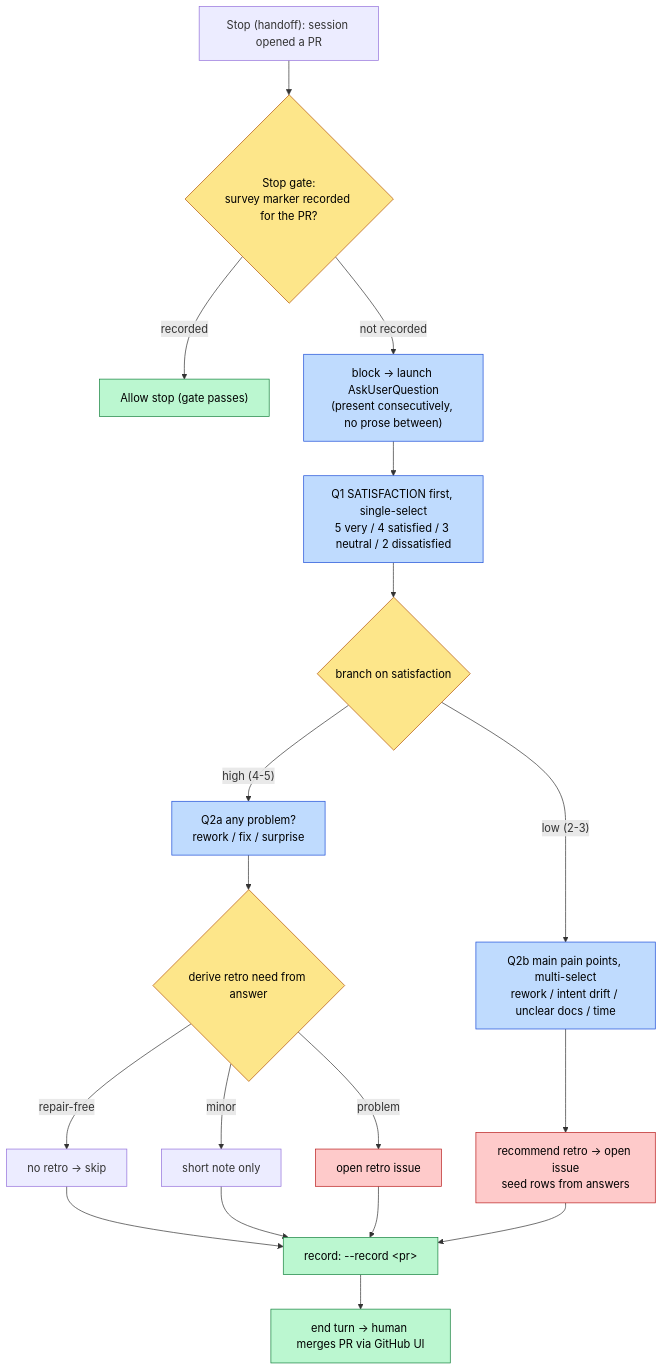
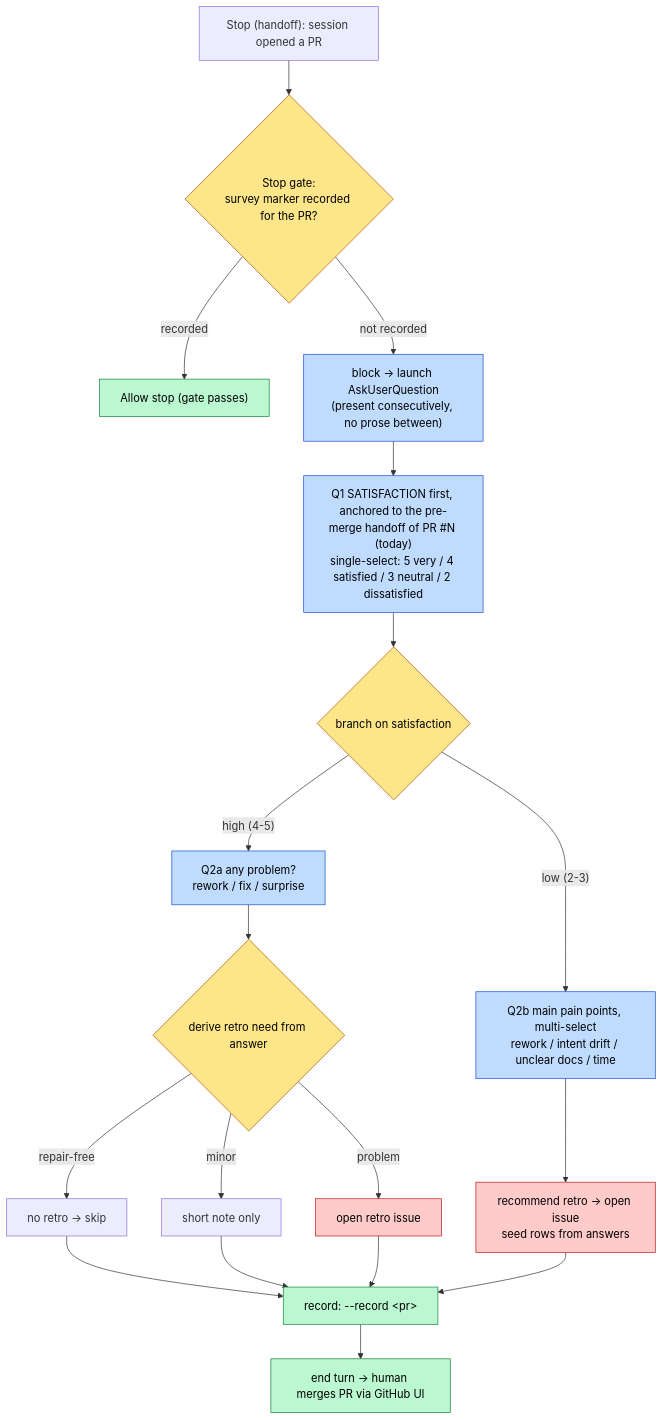
One commit to tvna/claude-md changed the diagram in docs/runbooks/pre-merge-retro-survey.md. Above: the diagram before and after it, drawn with Mermaid. The commit also changed other lines of this file and 2 other files, not shown here.

````diff
--- a/docs/runbooks/pre-merge-retro-survey.md
+++ b/docs/runbooks/pre-merge-retro-survey.md
@@ -29,33 +29,33 @@
 ```mermaid
 flowchart TD
     A["Stop (handoff): session opened a PR"] --> B{"Stop gate:<br/>survey marker recorded for the PR?"}
     B -- "recorded" --> Z["Allow stop (gate passes)"]
     B -- "not recorded" --> D["block -> launch AskUserQuestion<br/>(present consecutively, no prose between)"]
 
-    D --> Q1["Q1 SATISFACTION first, single-select<br/>5 very / 4 satisfied / 3 neutral / 2 dissatisfied"]
+    D --> Q1["Q1 SATISFACTION first, anchored to the pre-merge handoff of PR #N (today)<br/>single-select: 5 very / 4 satisfied / 3 neutral / 2 dissatisfied"]
     Q1 --> SW{"branch on satisfaction"}
 
     SW -- "high (4-5)" --> Q2a["Q2a any problem?<br/>rework / fix / surprise"]
     Q2a --> P1{"derive retro need from answer"}
     P1 -- "repair-free" --> R1["no retro -> skip"]
     P1 -- "minor" --> R2["short note only"]
     P1 -- "problem" --> R3["open retro issue"]
 
     SW -- "low (2-3)" --> Q2b["Q2b main pain points, multi-select<br/>rework / intent drift / unclear docs / time"]
     Q2b --> R4["recommend retro -> open issue<br/>seed rows from answers"]
 
     R1 --> REC["record: --record &lt;pr&gt;"]
     R2 --> REC
     R3 --> REC
     R4 --> REC
     REC --> M["end turn -> human merges PR via GitHub UI"]
 
     classDef gate fill:#fde68a,stroke:#b45309,color:#000;
     classDef ask fill:#bfdbfe,stroke:#1d4ed8,color:#000;
     classDef retro fill:#fecaca,stroke:#b91c1c,color:#000;
     classDef done fill:#bbf7d0,stroke:#15803d,color:#000;
     class B,SW,P1 gate;
     class Q1,Q2a,Q2b,D ask;
     class R3,R4 retro;
     class Z,M,REC done;
 ```
````
